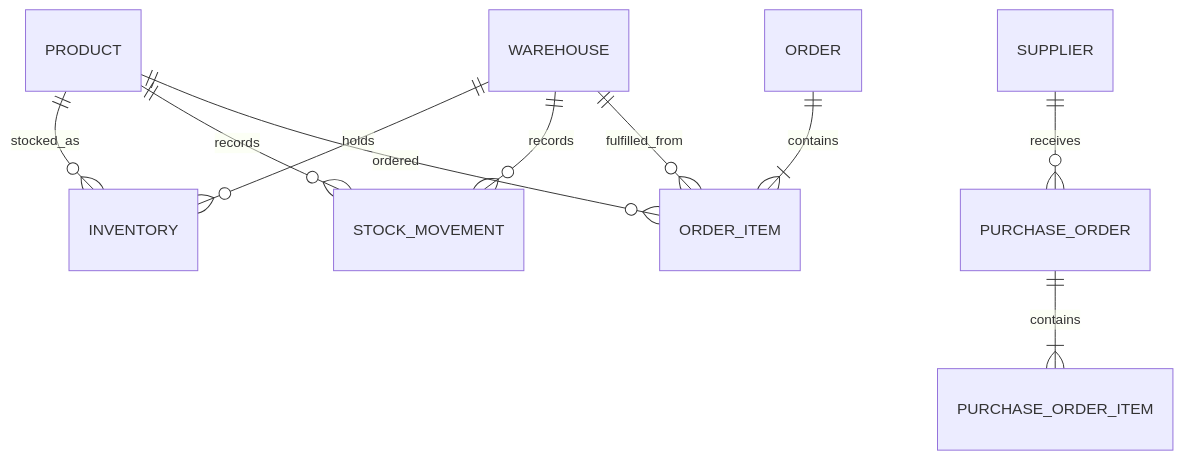
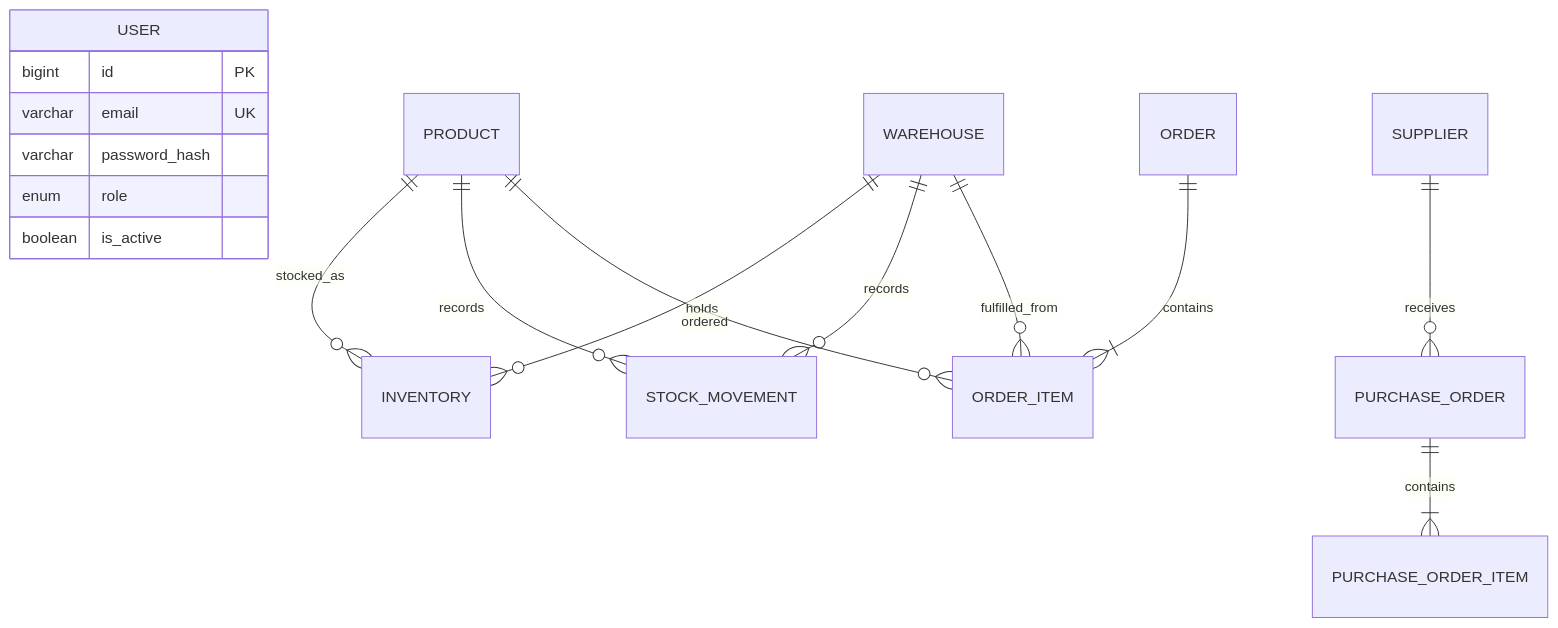
The diagram in docs/database.md (Singatha/inventory-managment), drawn with Mermaid before and after one commit. The commit also changed other lines of this file and 46 other files, not shown here.

````diff
--- a/docs/database.md
+++ b/docs/database.md
@@ -11,12 +11,19 @@
 ```mermaid
 erDiagram
+    USER {
+        bigint id PK
+        varchar email UK
+        varchar password_hash
+        enum role
+        boolean is_active
+    }
     PRODUCT ||--o{ INVENTORY : stocked_as
     WAREHOUSE ||--o{ INVENTORY : holds
     PRODUCT ||--o{ STOCK_MOVEMENT : records
     WAREHOUSE ||--o{ STOCK_MOVEMENT : records
     ORDER ||--|{ ORDER_ITEM : contains
     PRODUCT ||--o{ ORDER_ITEM : ordered
     WAREHOUSE ||--o{ ORDER_ITEM : fulfilled_from
     SUPPLIER ||--o{ PURCHASE_ORDER : receives
     PURCHASE_ORDER ||--|{ PURCHASE_ORDER_ITEM : contains
 ```
````
